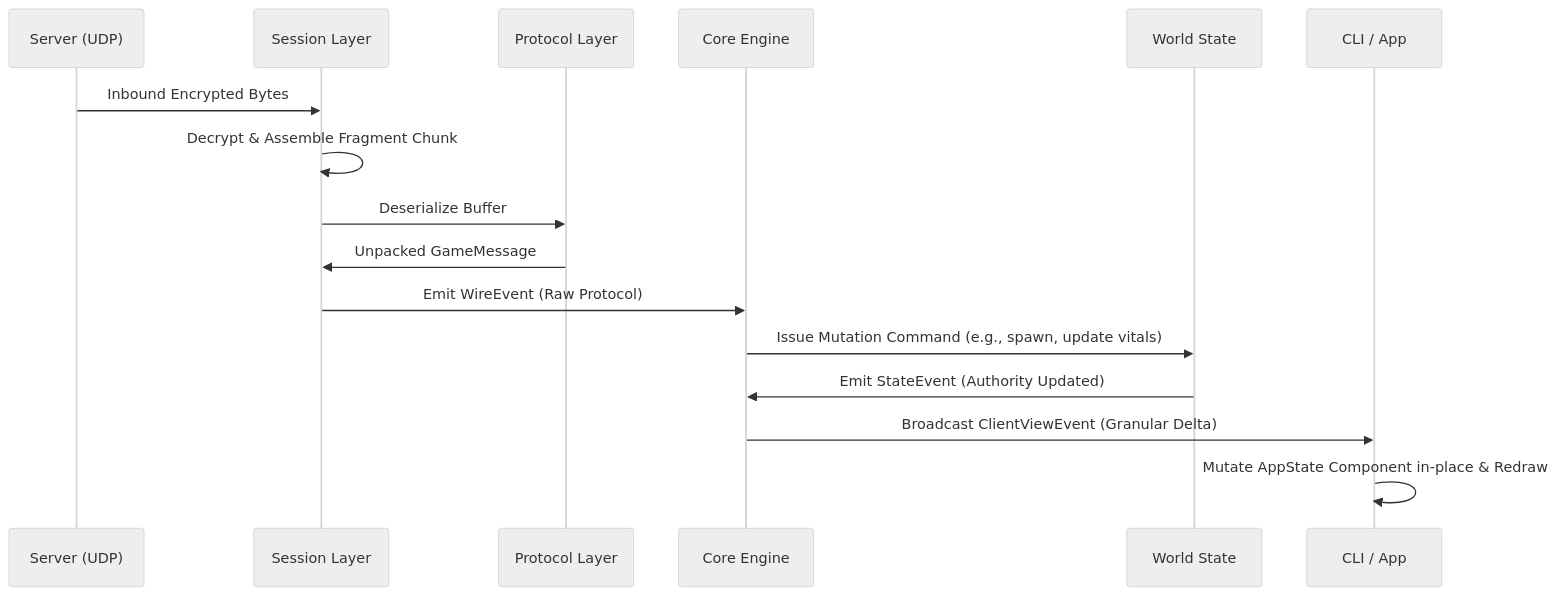
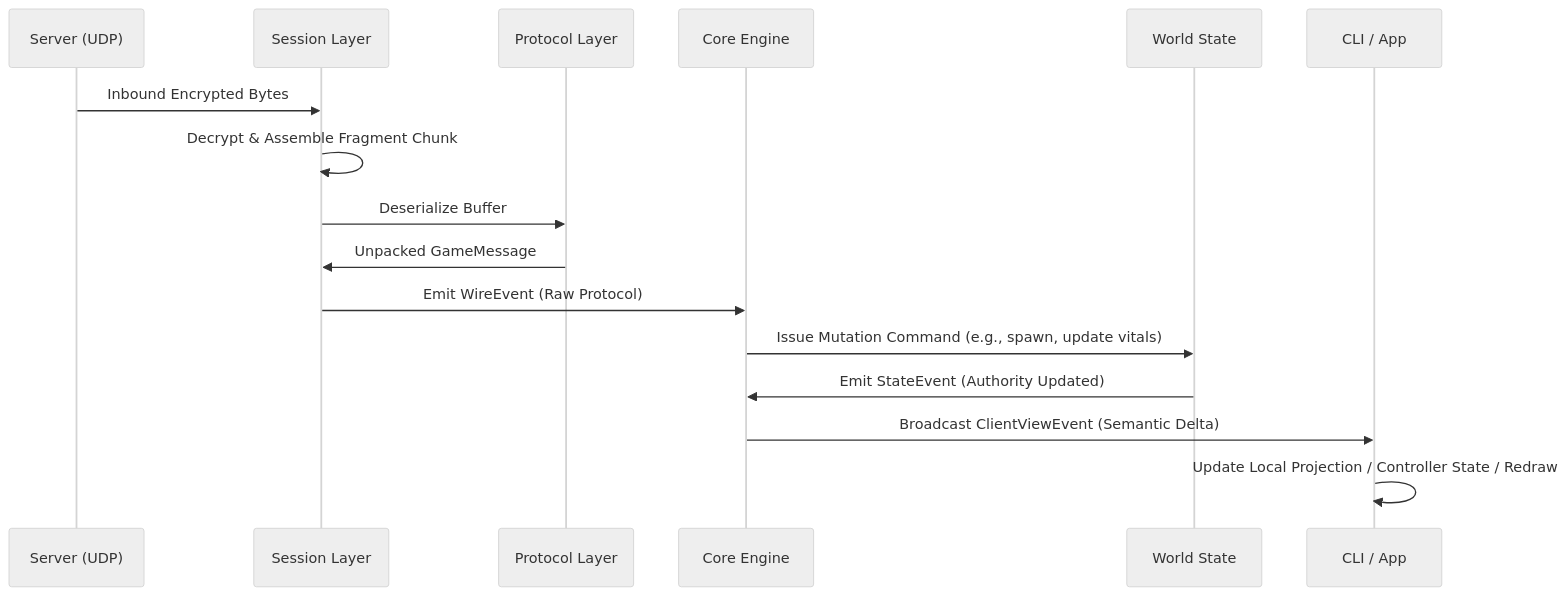
The second of 2 diagrams in ARCHITECTURE.md (merklejerk/holtburger), drawn with Mermaid (neutral theme) before and after one commit. The commit also changed other lines of this file and 1 other file, not shown here.

Commit message:
update README and ARCHITECTURE

````diff
--- a/ARCHITECTURE.md
+++ b/ARCHITECTURE.md
@@ -88,21 +88,21 @@
 ```mermaid
 sequenceDiagram
     participant Srv as Server (UDP)
     participant Sess as Session Layer
     participant Proto as Protocol Layer
     participant Core as Core Engine
     participant World as World State
     participant UI as CLI / App
 
     Srv->>Sess: Inbound Encrypted Bytes
     Sess->>Sess: Decrypt & Assemble Fragment Chunk
     Sess->>Proto: Deserialize Buffer
     Proto->>Sess: Unpacked GameMessage
     Sess->>Core: Emit WireEvent (Raw Protocol)
     
     Core->>World: Issue Mutation Command (e.g., spawn, update vitals)
     World->>Core: Emit StateEvent (Authority Updated)
     
-    Core->>UI: Broadcast ClientViewEvent (Granular Delta)
-    UI->>UI: Mutate AppState Component in-place & Redraw
+    Core->>UI: Broadcast ClientViewEvent (Semantic Delta)
+    UI->>UI: Update Local Projection / Controller State / Redraw
 ```
````
